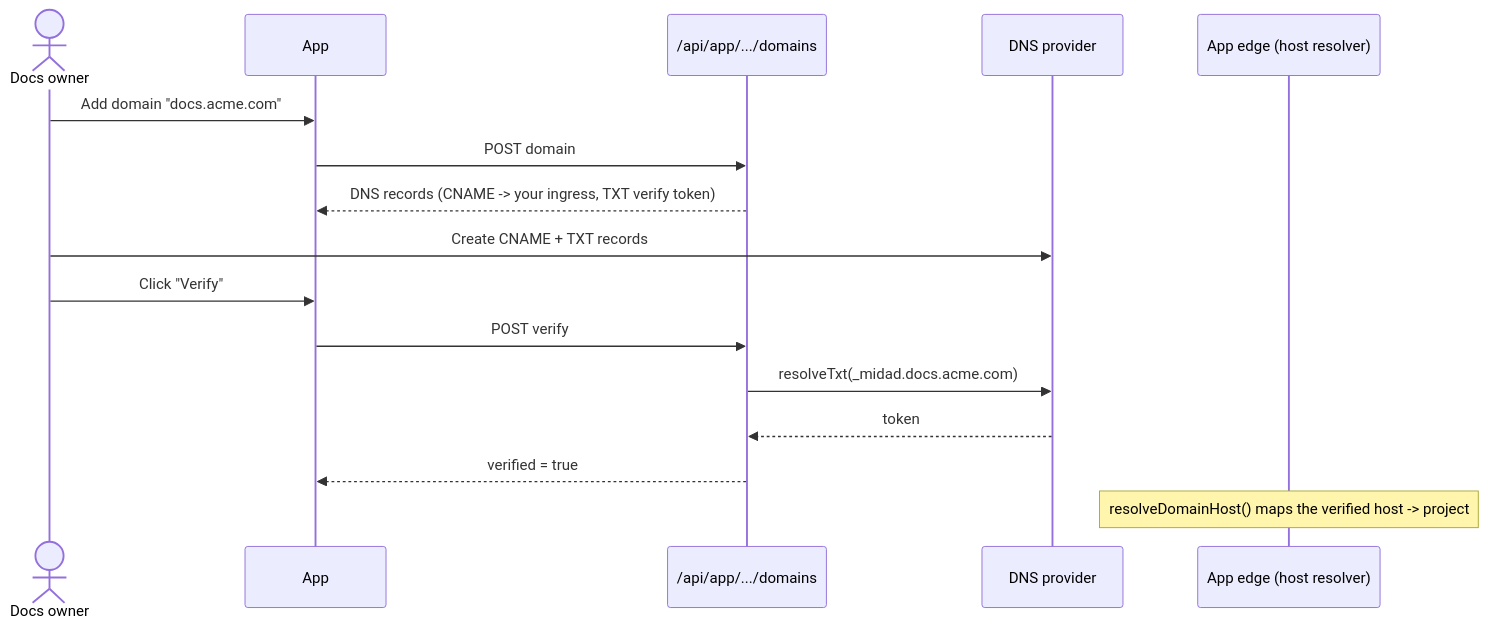
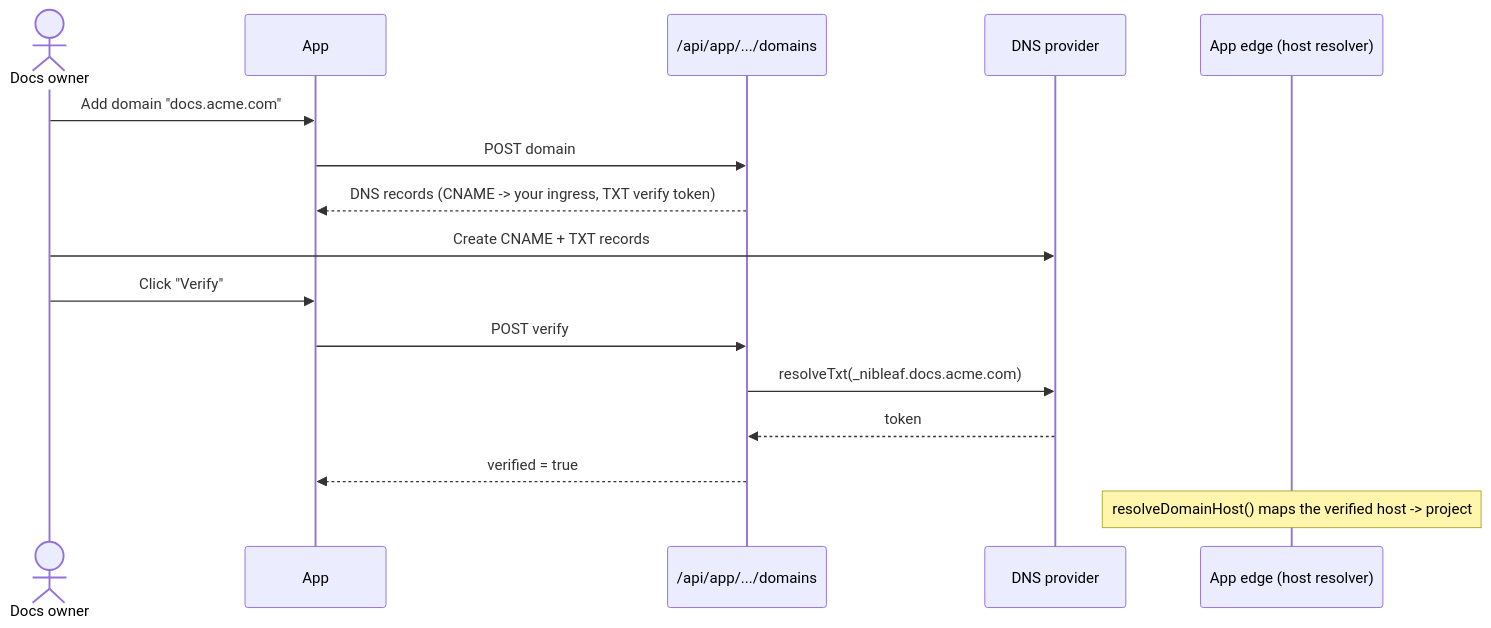
Before and after one commit to lord007tn/nibleaf: the tenth of 19 diagrams in USER-STORIES.md, drawn with Mermaid. The commit also changed other lines of this file and 360 other files, not shown here.

First line of the commit message:
Rebrand Midad → Nibleaf

````diff
--- a/USER-STORIES.md
+++ b/USER-STORIES.md
@@ -296,19 +296,19 @@
 ```mermaid
 sequenceDiagram
     actor S as Docs owner
     participant App
     participant API as /api/app/.../domains
     participant DNS as DNS provider
     participant Edge as App edge (host resolver)
 
     S->>App: Add domain "docs.acme.com"
     App->>API: POST domain
     API-->>App: DNS records (CNAME -> your ingress, TXT verify token)
     S->>DNS: Create CNAME + TXT records
     S->>App: Click "Verify"
     App->>API: POST verify
-    API->>DNS: resolveTxt(_midad.docs.acme.com)
+    API->>DNS: resolveTxt(_nibleaf.docs.acme.com)
     DNS-->>API: token
     API-->>App: verified = true
     Note over Edge: resolveDomainHost() maps the verified host -> project
 ```
````
